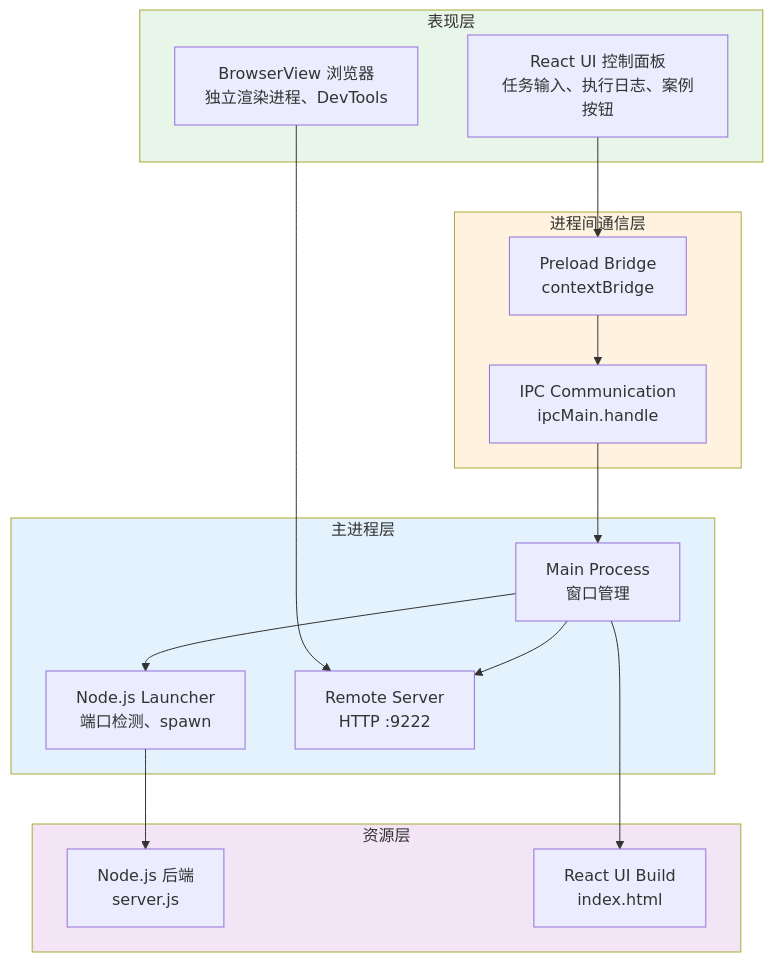
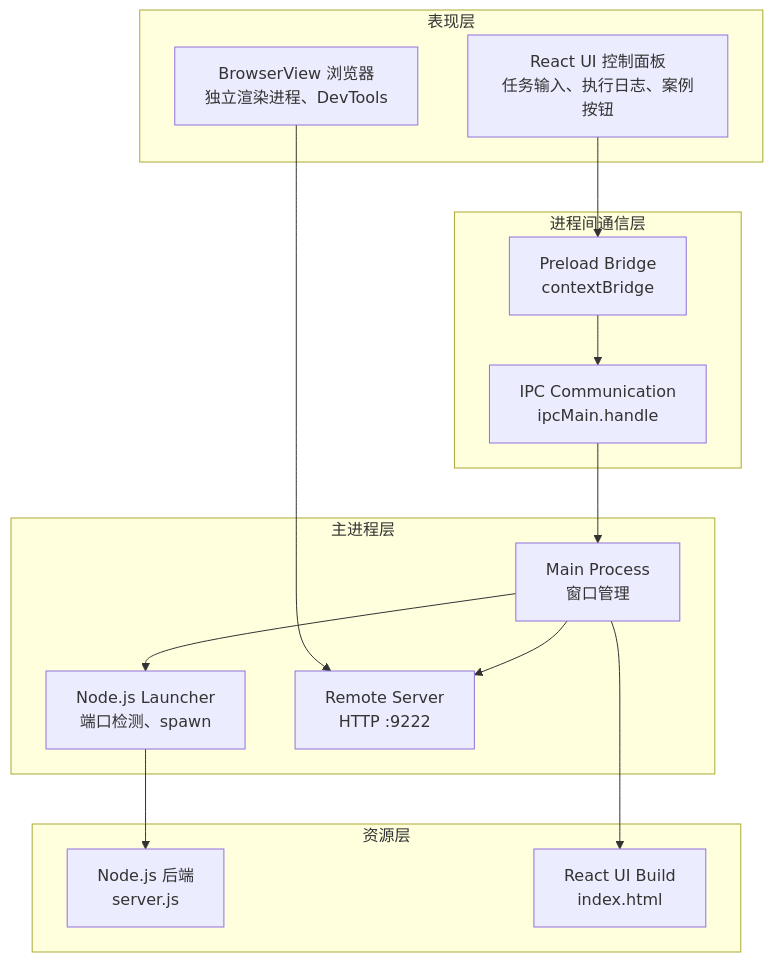
One commit to 1018053166/ReActAgentDemo changed the second of 4 diagrams in README.md. Above: the diagram before and after it, drawn with Mermaid. The commit also changed other lines of this file and 1 other file, not shown here.

Commit message:
fix: 移除 Mermaid 图表中的 style 语句，修复渲染问题

````diff
--- a/README.md
+++ b/README.md
@@ -54,37 +50,32 @@
 ```mermaid
 graph TD
     subgraph UI["表现层"]
         A["React UI 控制面板<br/>任务输入、执行日志、案例按钮"]
         B["BrowserView 浏览器<br/>独立渲染进程、DevTools"]
     end
     
     subgraph IPC["进程间通信层"]
         C["IPC Communication<br/>ipcMain.handle"]
         D["Preload Bridge<br/>contextBridge"]
     end
     
     subgraph Main["主进程层"]
         E["Main Process<br/>窗口管理"]
         F["Node.js Launcher<br/>端口检测、spawn"]
         G["Remote Server<br/>HTTP :9222"]
     end
     
     subgraph Resources["资源层"]
         H["Node.js 后端<br/>server.js"]
         I["React UI Build<br/>index.html"]
     end
     
     A --> D
     B --> G
     D --> C
     C --> E
     E --> F
     E --> G
     F --> H
     E --> I
-    
-    style UI fill:#e8f5e9
-    style IPC fill:#fff3e0
-    style Main fill:#e3f2fd
-    style Resources fill:#f3e5f5
 ```
````
